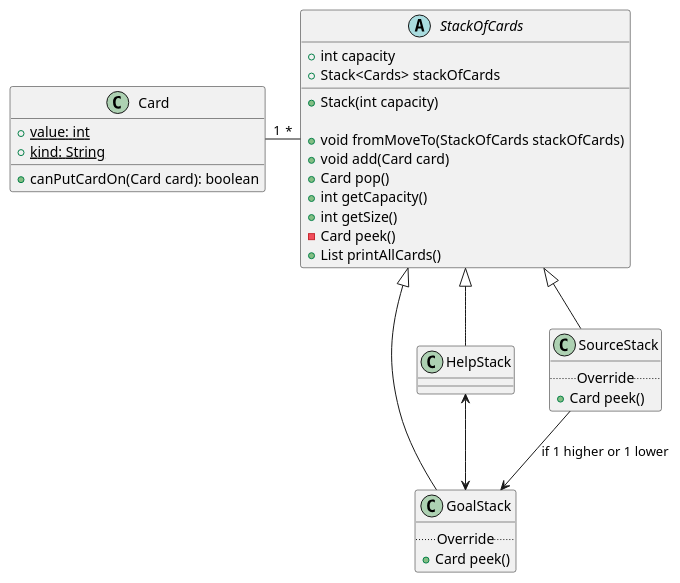
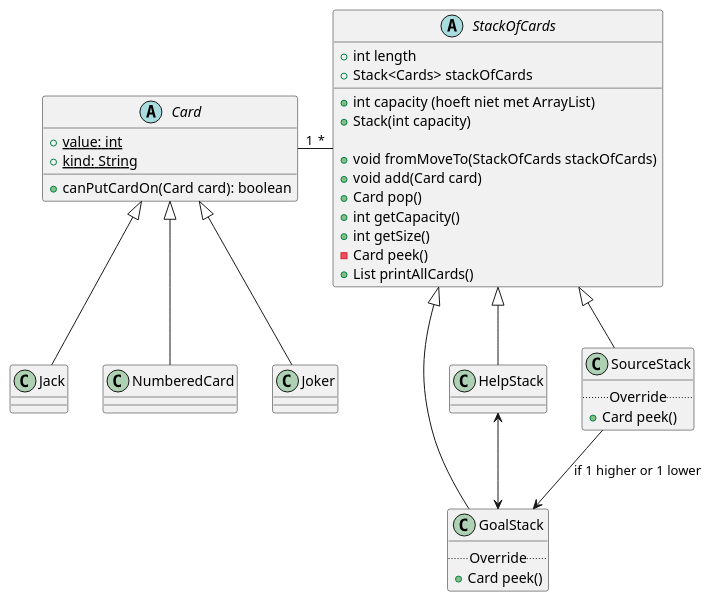
The diagram in Oefenzitting4/ClassDiagramOef2.puml (FlorDM7/OGP), drawn with PlantUML before and after one commit. The commit also changed 11 other files, not shown here.

```diff
--- a/Oefenzitting4/ClassDiagramOef2.puml
+++ b/Oefenzitting4/ClassDiagramOef2.puml
@@ -1,53 +1,66 @@
 @startuml
 
 abstract StackOfCards{
-    + int capacity
+    + int capacity (hoeft niet met ArrayList)
+    + int length
     + Stack<Cards> stackOfCards
 
     + Stack(int capacity)
 
     + void fromMoveTo(StackOfCards stackOfCards)
     + void add(Card card)
     + Card pop()
     + int getCapacity()
     + int getSize()
     - Card peek()
     + List printAllCards()
 }
 
 class GoalStack{
     ..Override..
     + Card peek()
 }
 
 class HelpStack{
 
 }
 
 class SourceStack{
     ..Override..
     + Card peek()
 }
 
 'Cards are immutable
-class Card{
+abstract Card{
     + {static} value: int
     + {static} kind: String
 
     + canPutCardOn(Card card): boolean
 }
 
+class Jack{
+}
+
+class NumberedCard{
+}
+
+class Joker{
+}
+
 'Inheritance
 StackOfCards <|-- GoalStack
 StackOfCards <|-- SourceStack
 StackOfCards <|-- HelpStack
+Card <|-- Jack
+Card <|-- Joker
+Card <|-- NumberedCard
 
 'Bidirectional relation
 Card "1" - "*" StackOfCards
 HelpStack <-->  GoalStack
 
 'Unidirectional relation
 SourceStack --> GoalStack : if 1 higher or 1 lower
 
 
 @enduml
```
